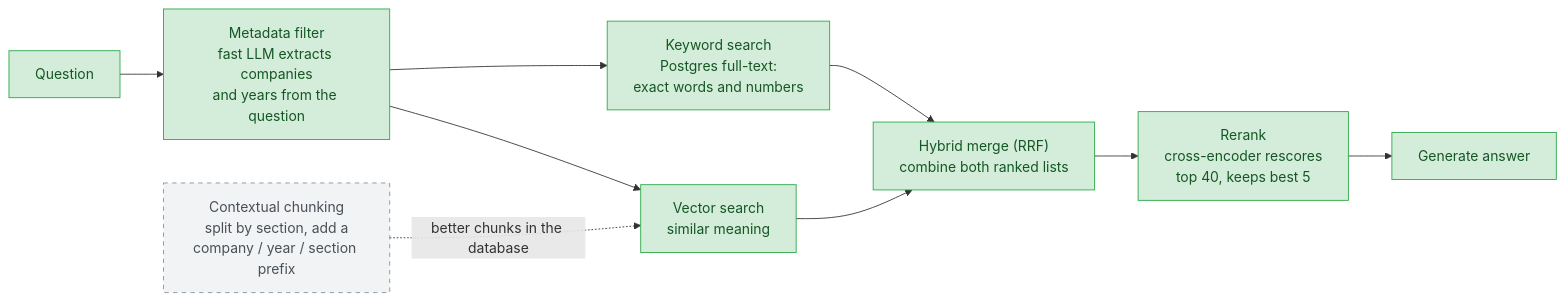
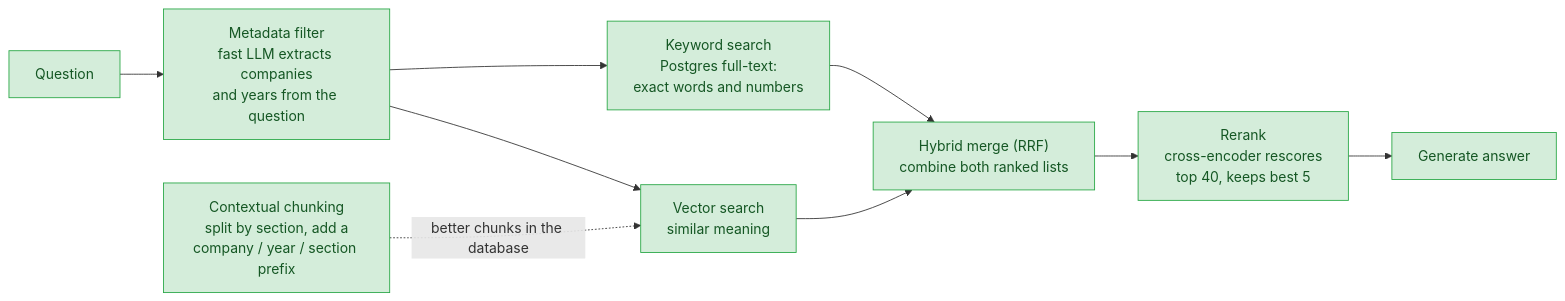
One commit to madeleine68/Reportlens changed the third of 6 diagrams in README.md. Above: the diagram before and after it, drawn with Mermaid. The commit also changed other lines of this file and 25 other files, not shown here.

````diff
--- a/README.md
+++ b/README.md
@@ -145,16 +157,15 @@
 ```mermaid
 flowchart LR
     q["Question"] --> filt["Metadata filter<br/>fast LLM extracts companies<br/>and years from the question"]
     filt --> vec["Vector search<br/>similar meaning"]
     filt --> kw["Keyword search<br/>Postgres full-text:<br/>exact words and numbers"]
     vec --> rrf["Hybrid merge (RRF)<br/>combine both ranked lists"]
     kw --> rrf
     rrf --> rerank["Rerank<br/>cross-encoder rescores<br/>top 40, keeps best 5"]
     rerank --> gen["Generate answer"]
     ctx["Contextual chunking<br/>split by section, add a<br/>company / year / section prefix"] -.->|"better chunks in the database"| vec
 
     classDef planned fill:#f1f3f5,stroke:#868e96,color:#495057,stroke-dasharray: 5 5
     classDef done fill:#d4edda,stroke:#28a745,color:#155724
-    class q,filt,vec,kw,rrf,rerank,gen done
-    class ctx planned
+    class q,filt,vec,kw,rrf,rerank,gen,ctx done
 ```
````
